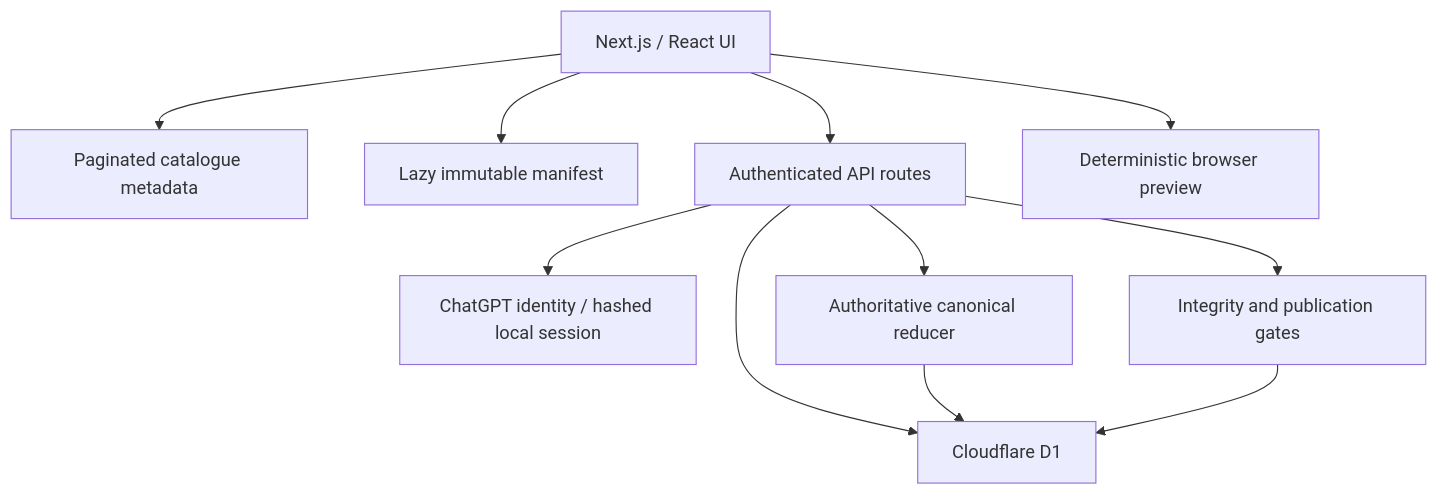
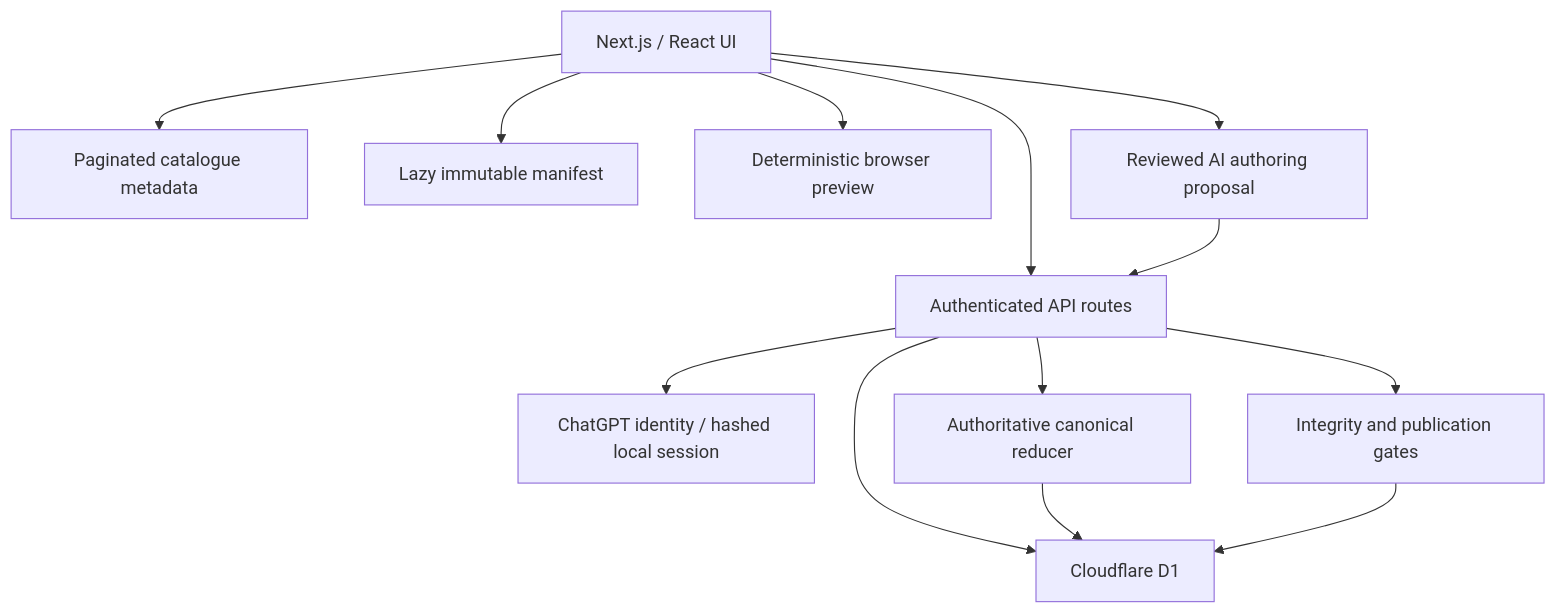
Before and after one commit to GenesisSocietyEngine/Genesis-AI-Juris: the diagram in README.md, drawn with Mermaid. The commit also changed other lines of this file and 43 other files, not shown here.

````diff
--- a/README.md
+++ b/README.md
@@ -21,13 +21,15 @@
 ```mermaid
 flowchart TD
     UI["Next.js / React UI"] --> META["Paginated catalogue metadata"]
     UI --> MANIFEST["Lazy immutable manifest"]
     UI --> API["Authenticated API routes"]
     API --> AUTH["ChatGPT identity / hashed local session"]
     API --> D1["Cloudflare D1"]
     UI --> PREVIEW["Deterministic browser preview"]
+    UI --> AIPLAN["Reviewed AI authoring proposal"]
+    AIPLAN --> API
     API --> SESSION["Authoritative canonical reducer"]
     SESSION --> D1
     API --> GATES["Integrity and publication gates"]
     GATES --> D1
 ```
````
